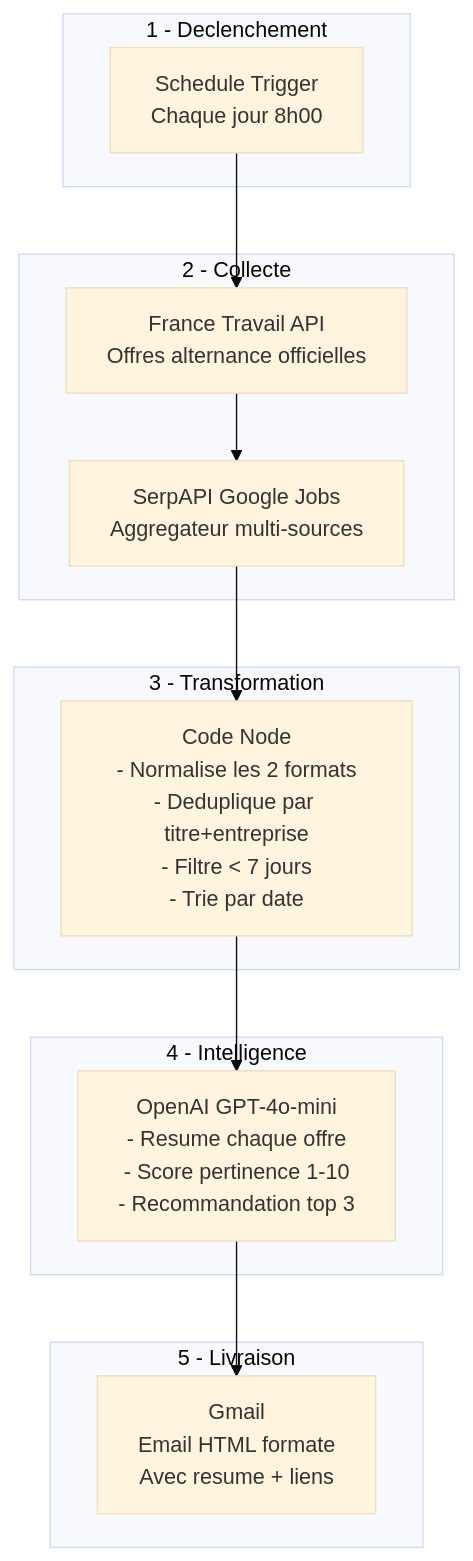
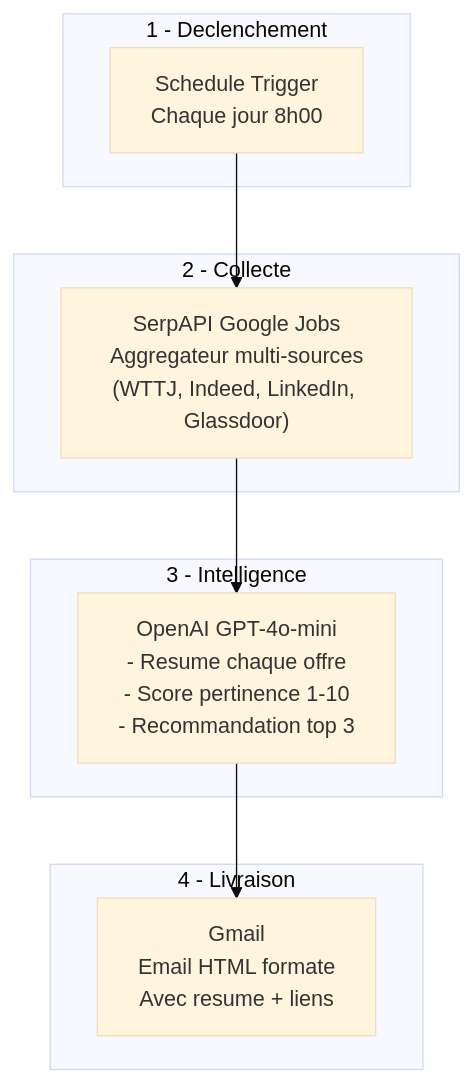
Before and after one commit to Paul-Antoine/job-scraper: the second of 2 diagrams in PRD.md, drawn with Mermaid (base theme). The commit also changed other lines of this file and 2 other files, not shown here.

````diff
--- a/PRD.md
+++ b/PRD.md
@@ -107,25 +79,20 @@
 ```mermaid
 flowchart TD
     subgraph TRIGGER ["1 - Declenchement"]
         A["Schedule Trigger\nChaque jour 8h00"]
     end
 
     subgraph COLLECT ["2 - Collecte"]
-        B["France Travail API\nOffres alternance officielles"]
-        C["SerpAPI Google Jobs\nAggregateur multi-sources"]
+        B["SerpAPI Google Jobs\nAggregateur multi-sources\n(WTTJ, Indeed, LinkedIn, Glassdoor)"]
     end
 
-    subgraph TRANSFORM ["3 - Transformation"]
-        D["Code Node\n- Normalise les 2 formats\n- Deduplique par titre+entreprise\n- Filtre < 7 jours\n- Trie par date"]
+    subgraph AI ["3 - Intelligence"]
+        C["OpenAI GPT-4o-mini\n- Resume chaque offre\n- Score pertinence 1-10\n- Recommandation top 3"]
     end
 
-    subgraph AI ["4 - Intelligence"]
-        E["OpenAI GPT-4o-mini\n- Resume chaque offre\n- Score pertinence 1-10\n- Recommandation top 3"]
+    subgraph DELIVER ["4 - Livraison"]
+        D["Gmail\nEmail HTML formate\nAvec resume + liens"]
     end
 
-    subgraph DELIVER ["5 - Livraison"]
-        F["Gmail\nEmail HTML formate\nAvec resume + liens"]
-    end
-
-    A --> B --> C --> D --> E --> F
+    A --> B --> C --> D
 ```
````
